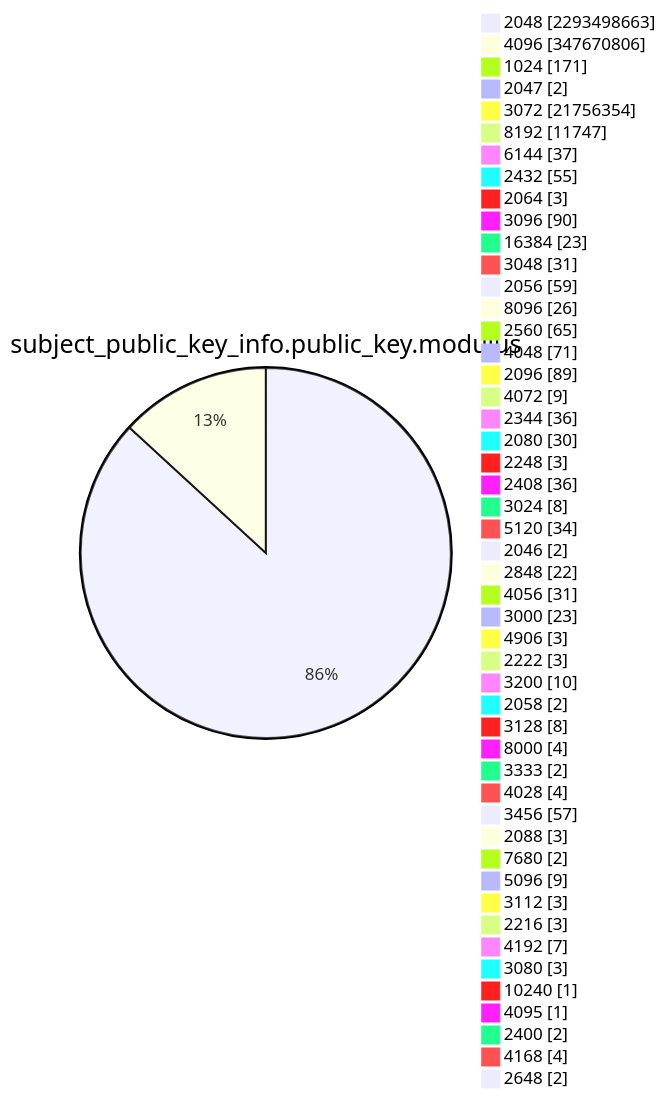
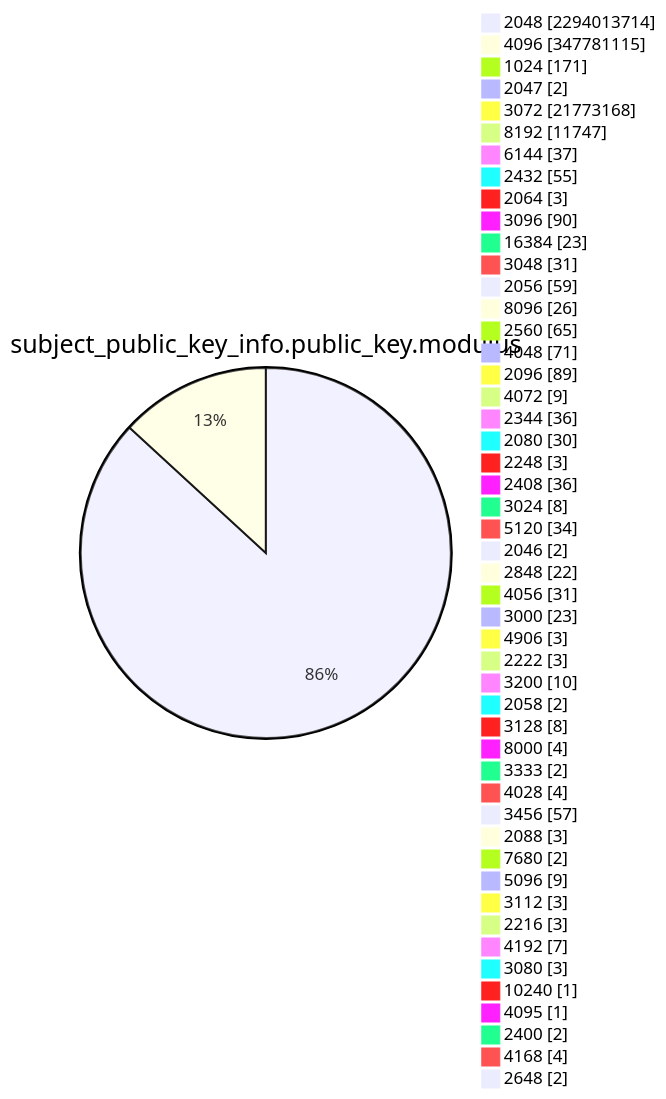
One commit to christiankrug/ctmonitor_visualization changed diagram 13 of 15 in TOTAL/README.md. Above: the diagram before and after it, drawn with Mermaid. The commit also changed other lines of this file, not shown here.

````diff
--- a/TOTAL/README.md
+++ b/TOTAL/README.md
@@ -4165,53 +4165,53 @@
 ```mermaid
 pie showData
 title subject_public_key_info.public_key.modulus
-"2048" :2293498663
-"4096" :347670806
+"2048" :2294013714
+"4096" :347781115
 "1024" :171
 "2047" :2
-"3072" :21756354
+"3072" :21773168
 "8192" :11747
 "6144" :37
 "2432" :55
 "2064" :3
 "3096" :90
 "16384" :23
 "3048" :31
 "2056" :59
 "8096" :26
 "2560" :65
 "4048" :71
 "2096" :89
 "4072" :9
 "2344" :36
 "2080" :30
 "2248" :3
 "2408" :36
 "3024" :8
 "5120" :34
 "2046" :2
 "2848" :22
 "4056" :31
 "3000" :23
 "4906" :3
 "2222" :3
 "3200" :10
 "2058" :2
 "3128" :8
 "8000" :4
 "3333" :2
 "4028" :4
 "3456" :57
 "2088" :3
 "7680" :2
 "5096" :9
 "3112" :3
 "2216" :3
 "4192" :7
 "3080" :3
 "10240" :1
 "4095" :1
 "2400" :2
 "4168" :4
 "2648" :2
 ```
````
